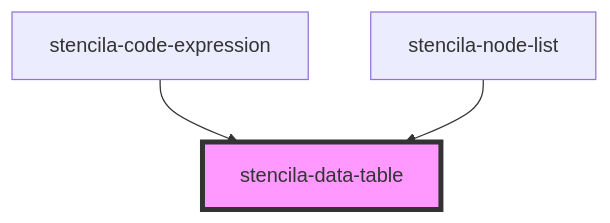
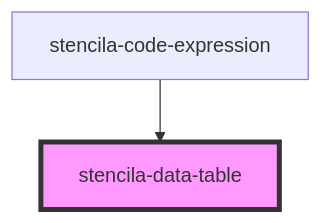
The diagram in packages/components/src/components/dataTable/readme.md (stencila/designa), drawn with Mermaid before and after one commit. The commit also changed other lines of this file and 7 other files, not shown here.

````diff
--- a/packages/components/src/components/dataTable/readme.md
+++ b/packages/components/src/components/dataTable/readme.md
@@ -21,6 +20,5 @@
 ```mermaid
 graph TD;
   stencila-code-expression --> stencila-data-table
-  stencila-node-list --> stencila-data-table
   style stencila-data-table fill:#f9f,stroke:#333,stroke-width:4px
 ```
````
